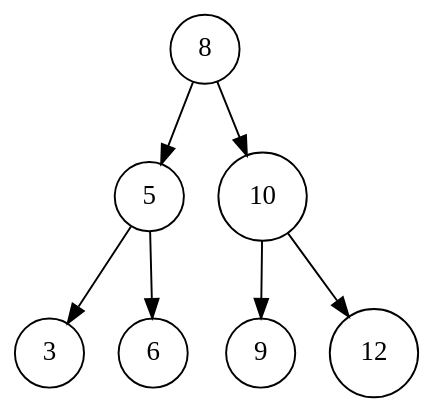
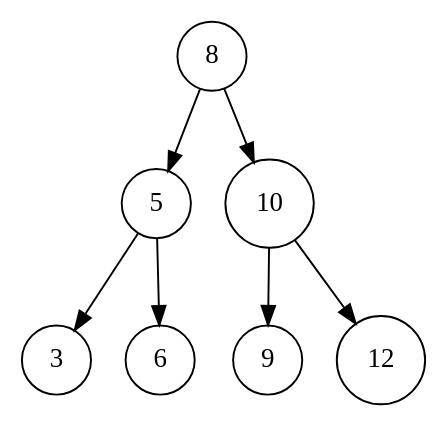
Before and after one commit to nrinaudo/nrinaudo.github.com: the diagram in src/hakyll/images/binary-search-trees/contains9.dot, drawn with Graphviz. The commit also changed 3 other files, not shown here.

Commit message:
Fixed incorrect binary search tree graphs.

```diff
--- a/src/hakyll/images/binary-search-trees/contains9.dot
+++ b/src/hakyll/images/binary-search-trees/contains9.dot
@@ -1,18 +1,17 @@
 digraph simple {
-    bgcolor="transparent"
     node  [shape=circle]
     graph [ordering=out]
 
     8  [nodetype=marked]
     10 [nodetype=marked]
     9  [nodetype=marked]
 
     8 -> 5
     8 -> 10 [edgetype=marked]
 
     5 -> 3
     5 -> 6
 
     10 -> 9 [edgetype=marked]
     10 -> 12
 }
```
